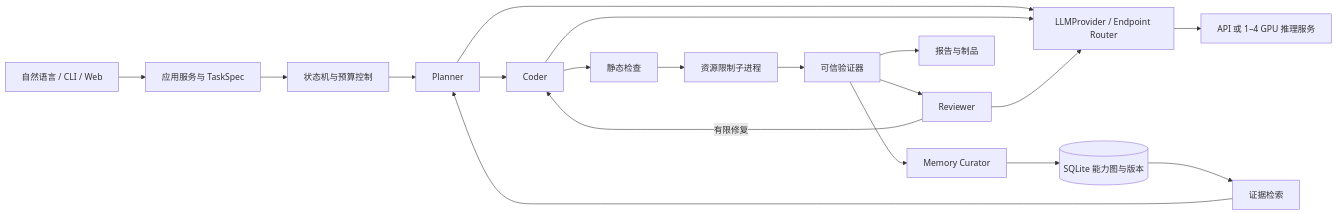
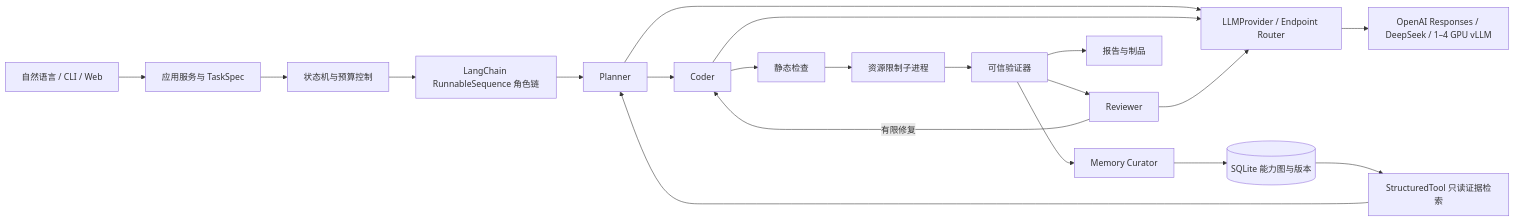
Before and after one commit to dengdeng55525/axiomforge: the diagram in docs/03_系统架构与接口.md, drawn with Mermaid. The commit also changed other lines of this file and 28 other files, not shown here.

```diff
--- a/docs/03_系统架构与接口.md
+++ b/docs/03_系统架构与接口.md
@@ -7,21 +7,22 @@
 ~~~mermaid
 flowchart LR
   U[自然语言 / CLI / Web] --> A[应用服务与 TaskSpec]
   A --> O[状态机与预算控制]
-  K[(SQLite 能力图与版本)] --> R[证据检索]
+  O --> LC[LangChain RunnableSequence 角色链]
+  K[(SQLite 能力图与版本)] --> R[StructuredTool 只读证据检索]
   R --> P[Planner]
-  O --> P
+  LC --> P
   P --> C[Coder]
   C --> S[静态检查]
   S --> W[资源限制子进程]
   W --> E[可信验证器]
   E --> V[Reviewer]
   V -->|有限修复| C
   E --> M[Memory Curator]
   M --> K
   E --> H[报告与制品]
   P --> L[LLMProvider / Endpoint Router]
   C --> L
   V --> L
-  L --> G[API 或 1–4 GPU 推理服务]
+  L --> G[OpenAI Responses / DeepSeek / 1–4 GPU vLLM]
 ~~~
```
